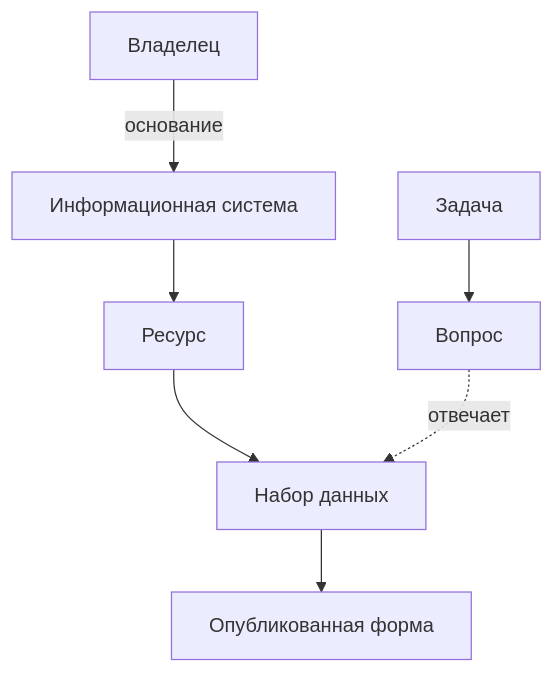
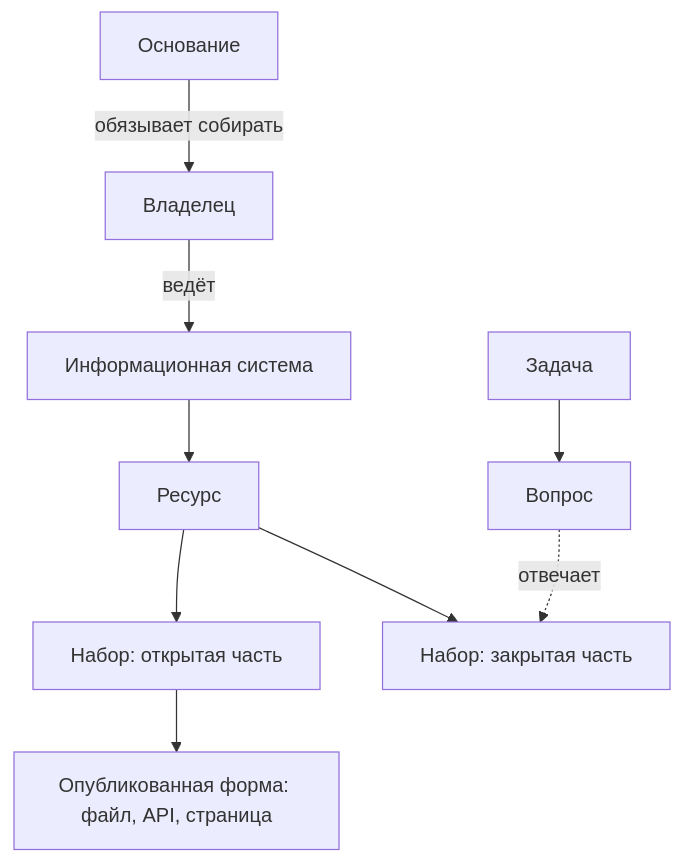
Before and after one commit to ivbeg/data-inventory: the diagram in docs/01-basics/04-what-is-inventoried.md, drawn with Mermaid. The commit also changed other lines of this file and 5 other files, not shown here.

````diff
--- a/docs/01-basics/04-what-is-inventoried.md
+++ b/docs/01-basics/04-what-is-inventoried.md
@@ -27,9 +28,11 @@
 ```mermaid
 flowchart TB
-  O[Владелец] -->|основание| SYS[Информационная система]
+  B[Основание] -->|обязывает собирать| O[Владелец]
+  O -->|ведёт| SYS[Информационная система]
   SYS --> R[Ресурс]
-  R --> D[Набор данных]
-  D --> P[Опубликованная форма]
+  R --> D1["Набор: открытая часть"]
+  R --> D2["Набор: закрытая часть"]
+  D1 --> P["Опубликованная форма: файл, API, страница"]
   T[Задача] --> Q[Вопрос]
-  Q -. отвечает .-> D
+  Q -. отвечает .-> D2
 ```
````
